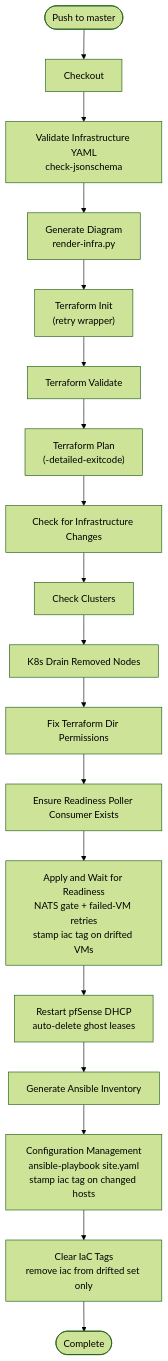
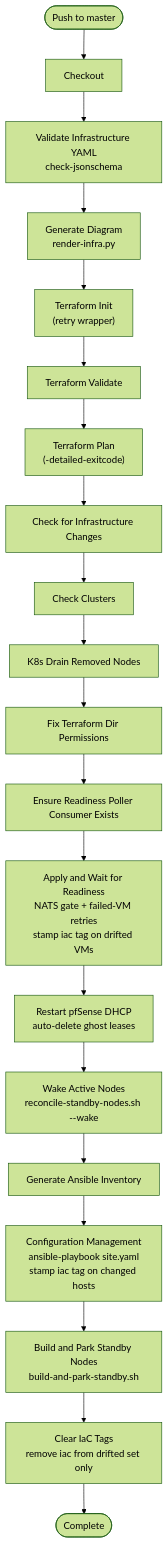
Before and after one commit to warelock2/infraops: the third of 4 diagrams in docs/ARCHITECTURE.md, drawn with Mermaid (forest theme). The commit also changed other lines of this file and 18 other files, not shown here.

````diff
--- a/docs/ARCHITECTURE.md
+++ b/docs/ARCHITECTURE.md
@@ -188,20 +215,22 @@
 ```mermaid
 flowchart TD
     START([Push to master]) --> CHECKOUT["Checkout"]
     CHECKOUT --> VALIDATE["Validate Infrastructure YAML<br/>check-jsonschema"]
     VALIDATE --> DIAGRAM["Generate Diagram<br/>render-infra.py"]
     DIAGRAM --> TF_INIT["Terraform Init<br/>(retry wrapper)"]
     TF_INIT --> TF_VALIDATE["Terraform Validate"]
     TF_VALIDATE --> TF_PLAN["Terraform Plan<br/>(-detailed-exitcode)"]
     TF_PLAN --> CHANGES["Check for Infrastructure Changes"]
     CHANGES --> CLUSTERS["Check Clusters"]
     CLUSTERS --> DRAIN["K8s Drain Removed Nodes"]
     DRAIN --> FIX_PERMS["Fix Terraform Dir Permissions"]
     FIX_PERMS --> CONSUMER["Ensure Readiness Poller Consumer Exists"]
     CONSUMER --> APPLY["Apply and Wait for Readiness<br/>NATS gate + failed-VM retries<br/>stamp iac tag on drifted VMs"]
     APPLY --> DHCP["Restart pfSense DHCP<br/>auto-delete ghost leases"]
-    DHCP --> GEN_INV["Generate Ansible Inventory"]
+    DHCP --> WAKE["Wake Active Nodes<br/>reconcile-standby-nodes.sh --wake"]
+    WAKE --> GEN_INV["Generate Ansible Inventory"]
     GEN_INV --> CONFIG_MGMT["Configuration Management<br/>ansible-playbook site.yaml<br/>stamp iac tag on changed hosts"]
-    CONFIG_MGMT --> CLEAR["Clear IaC Tags<br/>remove iac from drifted set only"]
+    CONFIG_MGMT --> BUILD_PARK["Build and Park Standby Nodes<br/>build-and-park-standby.sh"]
+    BUILD_PARK --> CLEAR["Clear IaC Tags<br/>remove iac from drifted set only"]
     CLEAR --> DONE([Complete])
 ```
````
